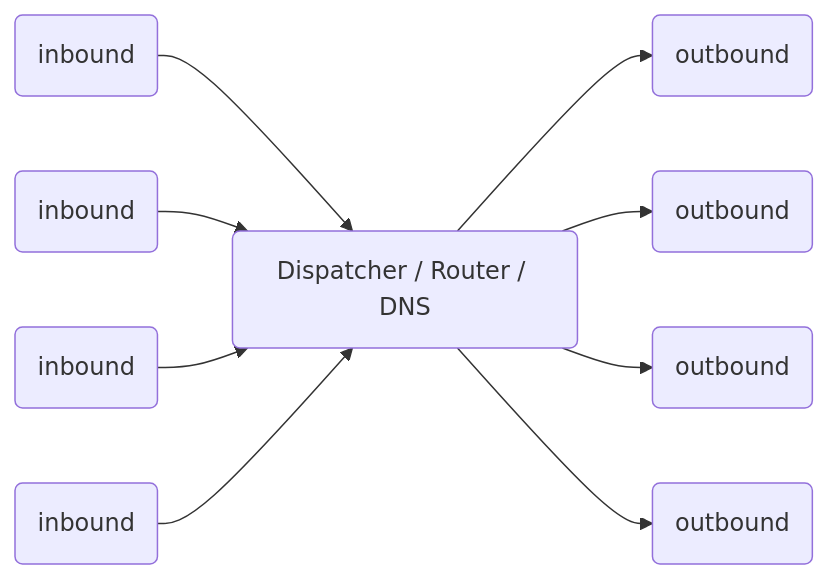
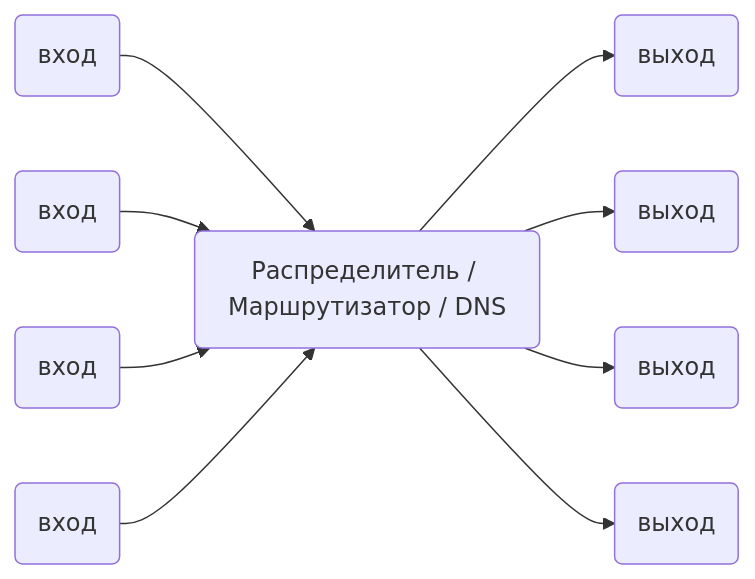
One commit to v2ray/manual changed the third of 3 diagrams in ru/welcome/workflow.md. Above: the diagram before and after it, drawn with Mermaid.

Commit message:
New translations workflow.md (Russian)

````diff
--- a/ru/welcome/workflow.md
+++ b/ru/welcome/workflow.md
@@ -40,11 +40,11 @@
 ```mermaid
 graph LR;
-A1(inbound) --> D(Dispatcher / Router / DNS);
-A2(inbound) --> D;
-A3(inbound) --> D;
-A4(inbound) --> D;
-D --> B1(outbound);
-D --> B2(outbound);
-D --> B3(outbound);
-D --> B4(outbound);
+A1(вход) --> D(Распределитель / Маршрутизатор / DNS);
+A2(вход) --> D;
+A3(вход) --> D;
+A4(вход) --> D;
+D --> B1(выход);
+D --> B2(выход);
+D --> B3(выход);
+D --> B4(выход);
 ```
````
